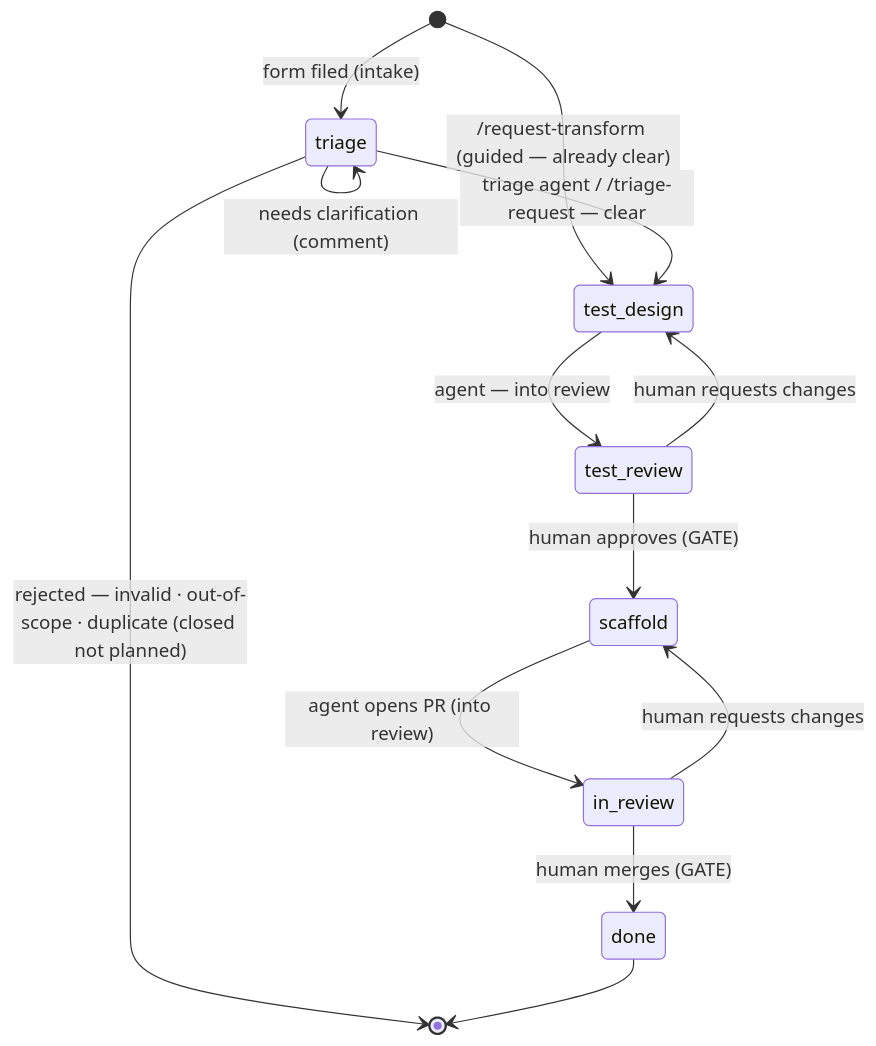
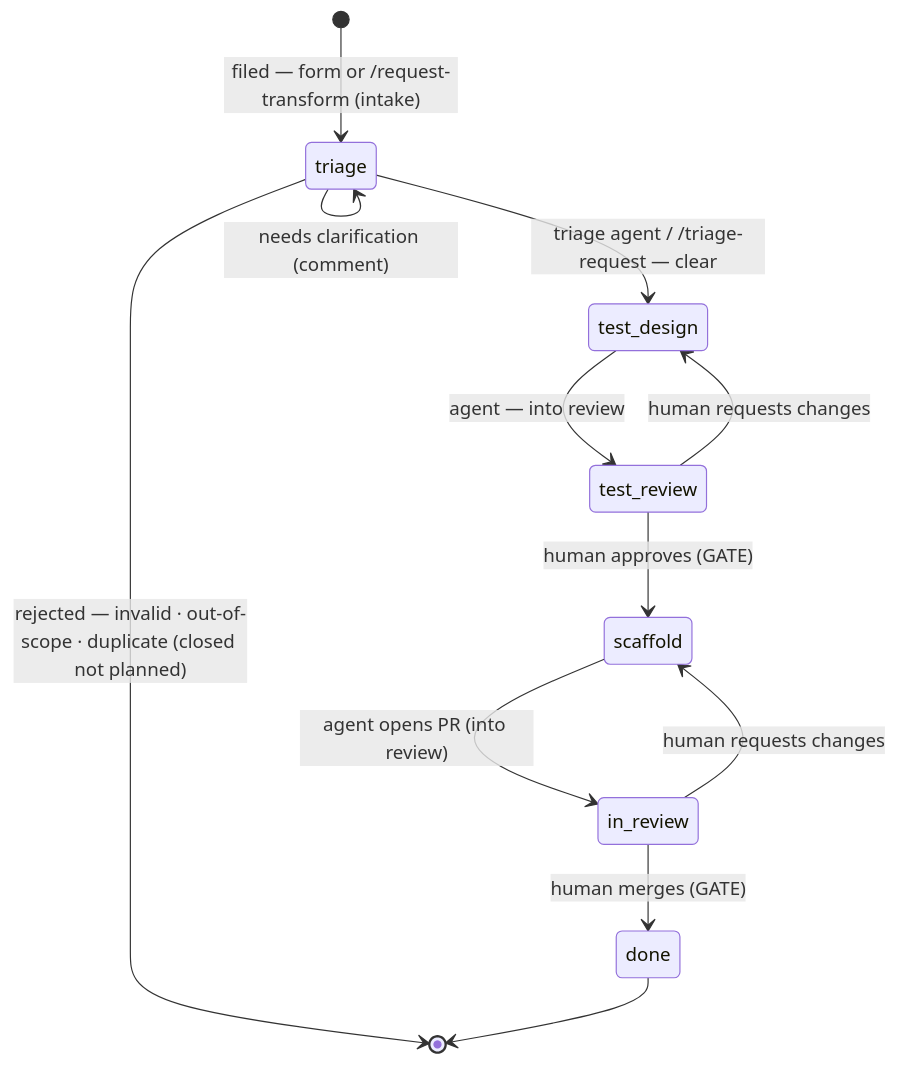
The diagram in LIFECYCLE.md (RayedB/MONAI), drawn with Mermaid before and after one commit.

Commit message:
docs: single intake entry in the lifecycle diagram

````diff
--- a/LIFECYCLE.md
+++ b/LIFECYCLE.md
@@ -42,15 +42,14 @@
 ```mermaid
 stateDiagram-v2
-    [*] --> triage: form filed (intake)
-    [*] --> test_design: /request-transform (guided — already clear)
+    [*] --> triage: filed — form or /request-transform (intake)
     triage --> triage: needs clarification (comment)
     triage --> test_design: triage agent / /triage-request — clear
     triage --> [*]: rejected — invalid · out-of-scope · duplicate (closed not planned)
     test_design --> test_review: agent — into review
     test_review --> scaffold: human approves (GATE)
     test_review --> test_design: human requests changes
     scaffold --> in_review: agent opens PR (into review)
     in_review --> done: human merges (GATE)
     in_review --> scaffold: human requests changes
     done --> [*]
 ```
````
